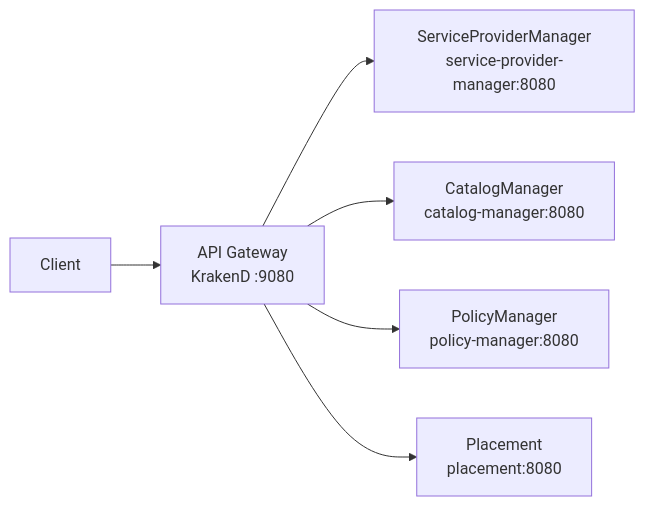
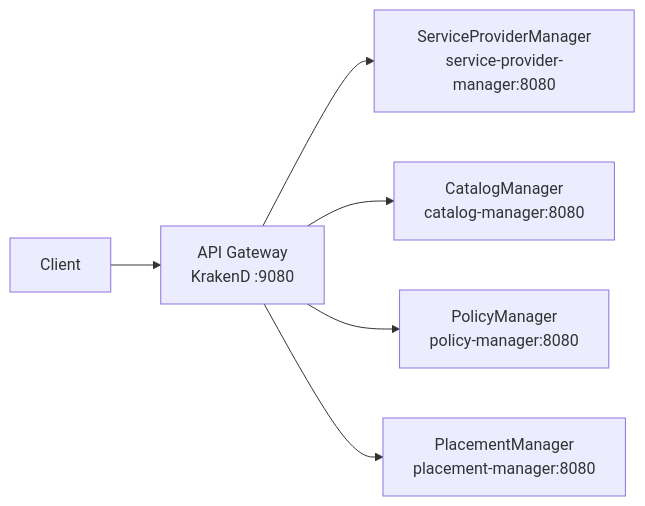
The diagram in README.md (dcm-project/api-gateway), drawn with Mermaid before and after one commit. The commit also changed other lines of this file and 3 other files, not shown here.

Commit message:
fix: rename placement to placement-manager for consistent service naming

````diff
--- a/README.md
+++ b/README.md
@@ -12,8 +12,8 @@
 ```mermaid
 flowchart LR
   Client --> Gateway["API Gateway<br>KrakenD :9080"]
   Gateway --> SPM["ServiceProviderManager<br>service-provider-manager:8080"]
   Gateway --> Catalog["CatalogManager<br>catalog-manager:8080"]
   Gateway --> Policy["PolicyManager<br>policy-manager:8080"]
-  Gateway --> Placement["Placement<br>placement:8080"]
+  Gateway --> Placement["PlacementManager<br>placement-manager:8080"]
 ```
````
